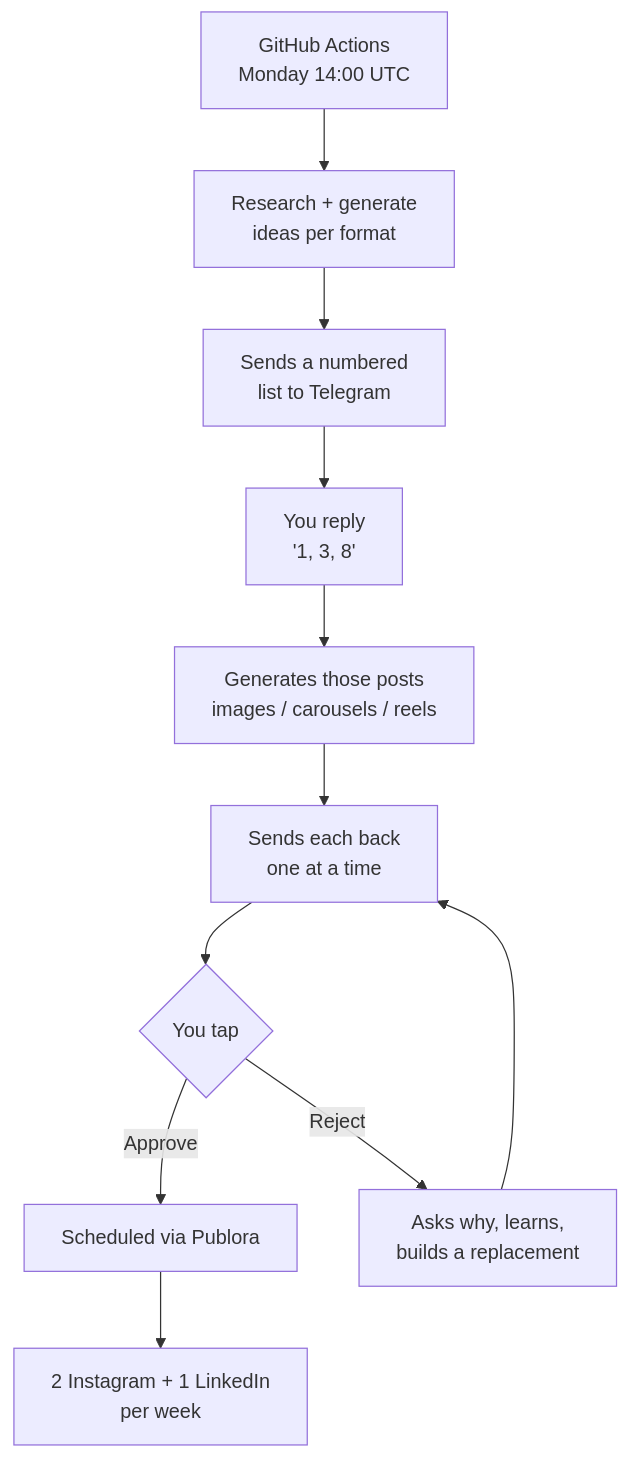
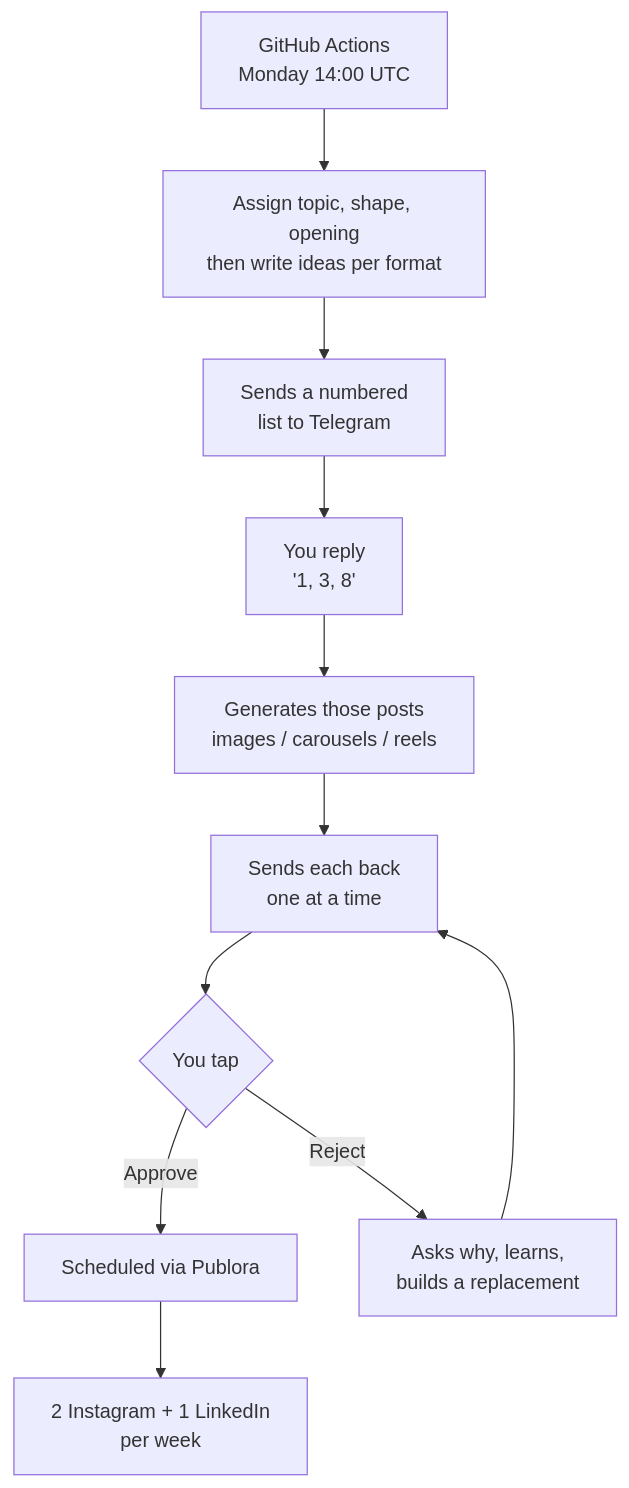
One commit to ianoharris/oralcheck changed the sixth of 6 diagrams in docs/OWNERS_GUIDE.md. Above: the diagram before and after it, drawn with Mermaid. The commit also changed other lines of this file and 12 other files, not shown here.

````diff
--- a/docs/OWNERS_GUIDE.md
+++ b/docs/OWNERS_GUIDE.md
@@ -541,13 +541,13 @@
 ```mermaid
 flowchart TB
-    CRON["GitHub Actions<br/>Monday 14:00 UTC"] --> IDEAS["Research + generate<br/>ideas per format"]
+    CRON["GitHub Actions<br/>Monday 14:00 UTC"] --> IDEAS["Assign topic, shape, opening<br/>then write ideas per format"]
     IDEAS --> TG1["Sends a numbered<br/>list to Telegram"]
     TG1 --> YOU["You reply<br/>'1, 3, 8'"]
     YOU --> GEN["Generates those posts<br/>images / carousels / reels"]
     GEN --> TG2["Sends each back<br/>one at a time"]
     TG2 --> DEC{"You tap"}
     DEC -->|Approve| SCHED["Scheduled via Publora"]
     DEC -->|Reject| WHY["Asks why, learns,<br/>builds a replacement"]
     WHY --> TG2
     SCHED --> OUT["2 Instagram + 1 LinkedIn<br/>per week"]
 ```
````
